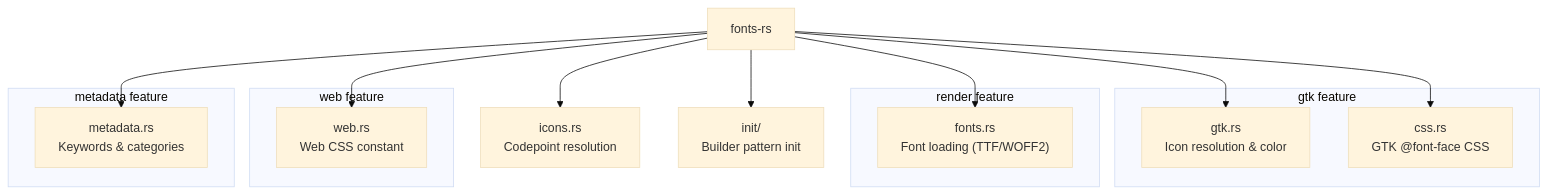
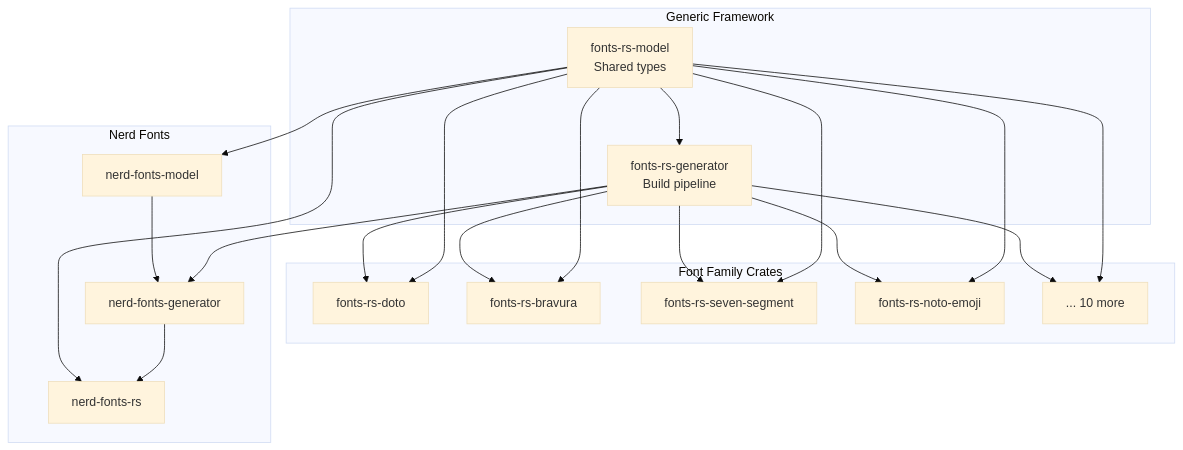
Before and after one commit to smearor/fonts-rs: the diagram in book/src/introduction.md, drawn with Mermaid (base theme). The commit also changed other lines of this file and 11 other files, not shown here.

````diff
--- a/book/src/introduction.md
+++ b/book/src/introduction.md
@@ -28,32 +19,38 @@
 ```mermaid
 graph TD
-    Lib["fonts-rs"]
-
-    subgraph "gtk feature"
-        GTK["gtk.rs<br/>Icon resolution & color"]
-        CSS["css.rs<br/>GTK @font-face CSS"]
+    subgraph "Generic Framework"
+        Model["fonts-rs-model<br/>Shared types"]
+        Gen["fonts-rs-generator<br/>Build pipeline"]
     end
 
-    subgraph "render feature"
-        Fonts["fonts.rs<br/>Font loading (TTF/WOFF2)"]
+    subgraph "Font Family Crates"
+        Doto["fonts-rs-doto"]
+        Bravura["fonts-rs-bravura"]
+        SevenSeg["fonts-rs-seven-segment"]
+        NotoEmoji["fonts-rs-noto-emoji"]
+        Other["... 10 more"]
     end
 
-    subgraph "web feature"
-        Web["web.rs<br/>Web CSS constant"]
+    subgraph "Nerd Fonts"
+        NFModel["nerd-fonts-model"]
+        NFGen["nerd-fonts-generator"]
+        NFRs["nerd-fonts-rs"]
     end
 
-    subgraph "metadata feature"
-        Metadata["metadata.rs<br/>Keywords & categories"]
-    end
-
-    Icons["icons.rs<br/>Codepoint resolution"]
-    Init["init/<br/>Builder pattern init"]
-
-    Lib --> Icons
-    Lib --> Init
-    Lib --> GTK
-    Lib --> CSS
-    Lib --> Fonts
-    Lib --> Web
-    Lib --> Metadata
+    Model --> Gen
+    Model --> Doto
+    Model --> Bravura
+    Model --> SevenSeg
+    Model --> NotoEmoji
+    Model --> Other
+    Gen --> Doto
+    Gen --> Bravura
+    Gen --> SevenSeg
+    Gen --> NotoEmoji
+    Gen --> Other
+    Model --> NFModel
+    Gen --> NFGen
+    NFModel --> NFGen
+    NFGen --> NFRs
+    Model --> NFRs
 ```
````
